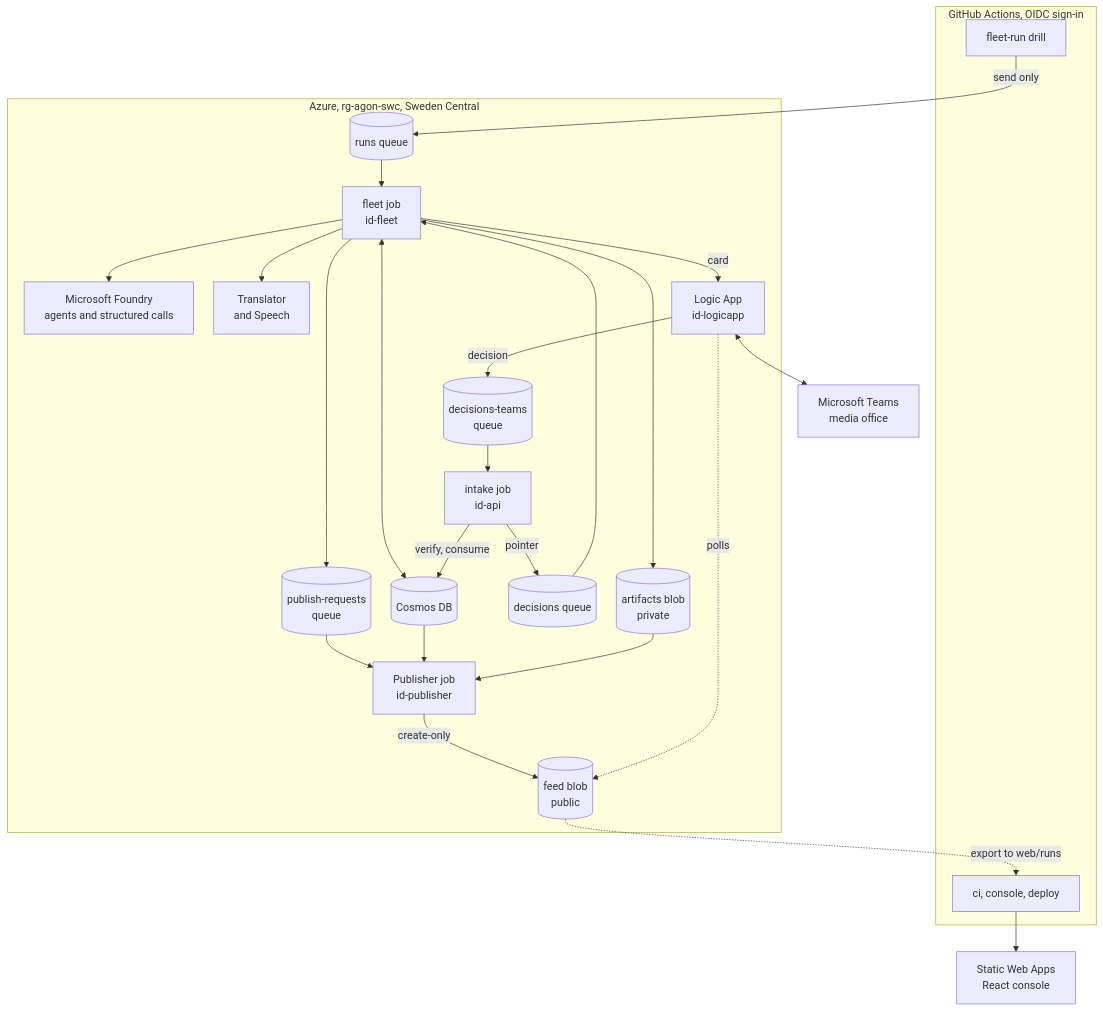
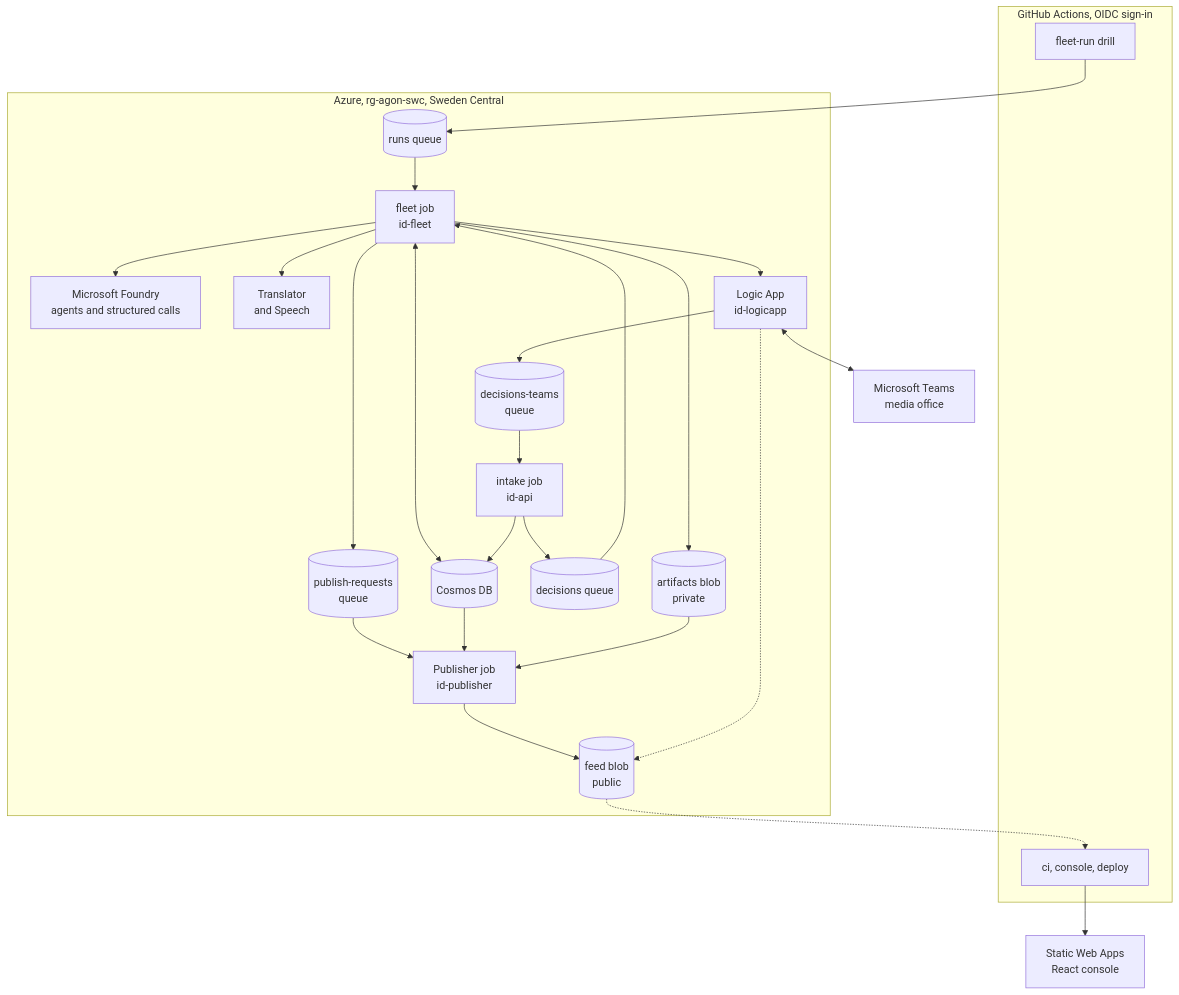
The first of 3 diagrams in README.md (upgradedev/agon-azure), drawn with Mermaid before and after one commit. The commit also changed other lines of this file, not shown here.

Commit message:
docs(readme): diagram layouts sized for the page width

````diff
--- a/README.md
+++ b/README.md
@@ -79,47 +79,46 @@
 ```mermaid
-%%{init: {"flowchart": {"rankSpacing": 40, "nodeSpacing": 30}}}%%
 flowchart TB
   subgraph GH["GitHub Actions, OIDC sign-in"]
     DRILL["fleet-run drill"]
     CI["ci, console, deploy"]
   end
   subgraph AZ["Azure, rg-agon-swc, Sweden Central"]
     RUNS[("runs queue")]
     FLEET["fleet job<br/>id-fleet"]
     FOUNDRY["Microsoft Foundry<br/>agents and structured calls"]
     TRS["Translator<br/>and Speech"]
     COSMOS[("Cosmos DB")]
     ART[("artifacts blob<br/>private")]
     LA["Logic App<br/>id-logicapp"]
     DQT[("decisions-teams<br/>queue")]
     INTAKE["intake job<br/>id-api"]
     DQ[("decisions queue")]
     PQ[("publish-requests<br/>queue")]
     PUB["Publisher job<br/>id-publisher"]
     FEED[("feed blob<br/>public")]
   end
   TEAMS["Microsoft Teams<br/>media office"]
   SWA["Static Web Apps<br/>React console"]
 
-  DRILL -->|"send only"| RUNS
+  DRILL --> RUNS
   RUNS --> FLEET
   FLEET --> FOUNDRY
   FLEET --> TRS
   FLEET <--> COSMOS
   FLEET --> ART
-  FLEET -->|"card"| LA
+  FLEET --> LA
   LA <--> TEAMS
-  LA -->|"decision"| DQT
+  LA --> DQT
   DQT --> INTAKE
-  INTAKE -->|"verify, consume"| COSMOS
-  INTAKE -->|"pointer"| DQ
+  INTAKE --> COSMOS
+  INTAKE --> DQ
   DQ --> FLEET
   FLEET --> PQ
   PQ --> PUB
   COSMOS --> PUB
   ART --> PUB
-  PUB -->|"create-only"| FEED
-  LA -.->|"polls"| FEED
-  FEED -.->|"export to web/runs"| CI
+  PUB --> FEED
+  LA -.-> FEED
+  FEED -.-> CI
   CI --> SWA
 ```
````
